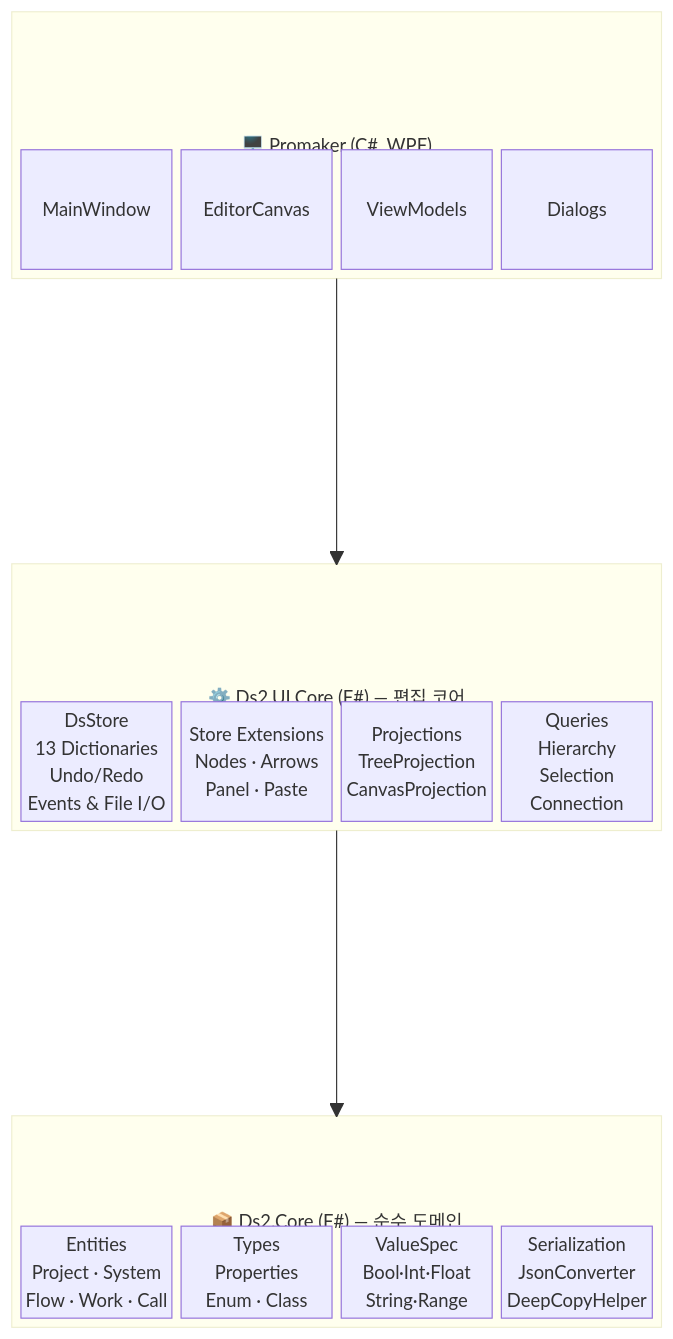
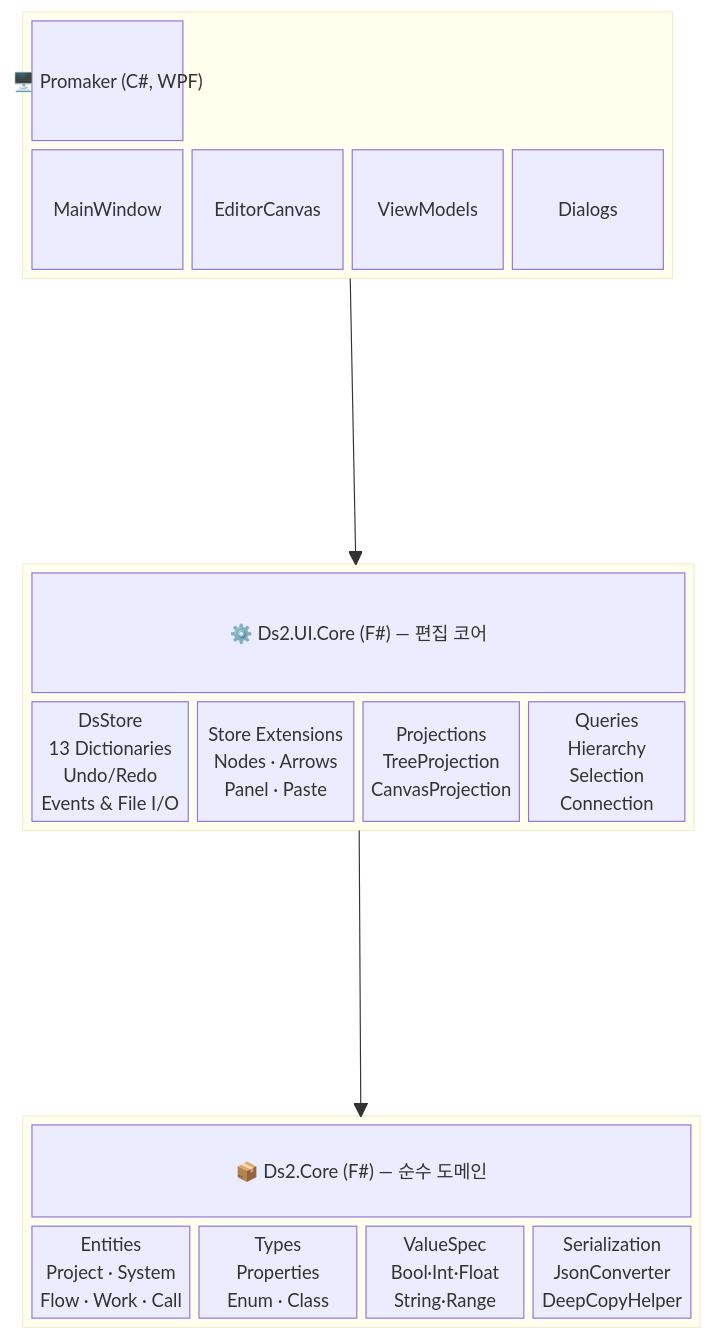
Before and after one commit to DualsoftDev/ds2: the second of 7 diagrams in README.md, drawn with Mermaid. The commit also changed other lines of this file, not shown here.

````diff
--- a/README.md
+++ b/README.md
@@ -43,35 +43,35 @@
 ```mermaid
 block-beta
   columns 1
 
-  block:UI["🖥️ Promaker (C#, WPF)"]
+  block:UI
     columns 4
-    space:4
+    UITITLE["🖥️ Promaker (C#, WPF)"]:4
     MW["MainWindow"] EC["EditorCanvas"] VM["ViewModels"] DLG["Dialogs"]
   end
 
   space
 
-  block:UICORE["⚙️ Ds2.UI.Core (F#) — 편집 코어"]
+  block:UICORE
     columns 4
-    space:4
+    UICORETITLE["⚙️ Ds2.UI.Core (F#) — 편집 코어"]:4
     DS["DsStore\n13 Dictionaries\nUndo/Redo\nEvents & File I/O"]
     ST["Store Extensions\nNodes · Arrows\nPanel · Paste"]
     PJ["Projections\nTreeProjection\nCanvasProjection"]
     QR["Queries\nHierarchy\nSelection\nConnection"]
   end
 
   space
 
-  block:CORE["📦 Ds2.Core (F#) — 순수 도메인"]
+  block:CORE
     columns 4
-    space:4
+    CORETITLE["📦 Ds2.Core (F#) — 순수 도메인"]:4
     ENT["Entities\nProject · System\nFlow · Work · Call"]
     TYP["Types\nProperties\nEnum · Class"]
     VS["ValueSpec\nBool·Int·Float\nString·Range"]
     SER["Serialization\nJsonConverter\nDeepCopyHelper"]
   end
 
   UI --> UICORE
   UICORE --> CORE
 ```
````
